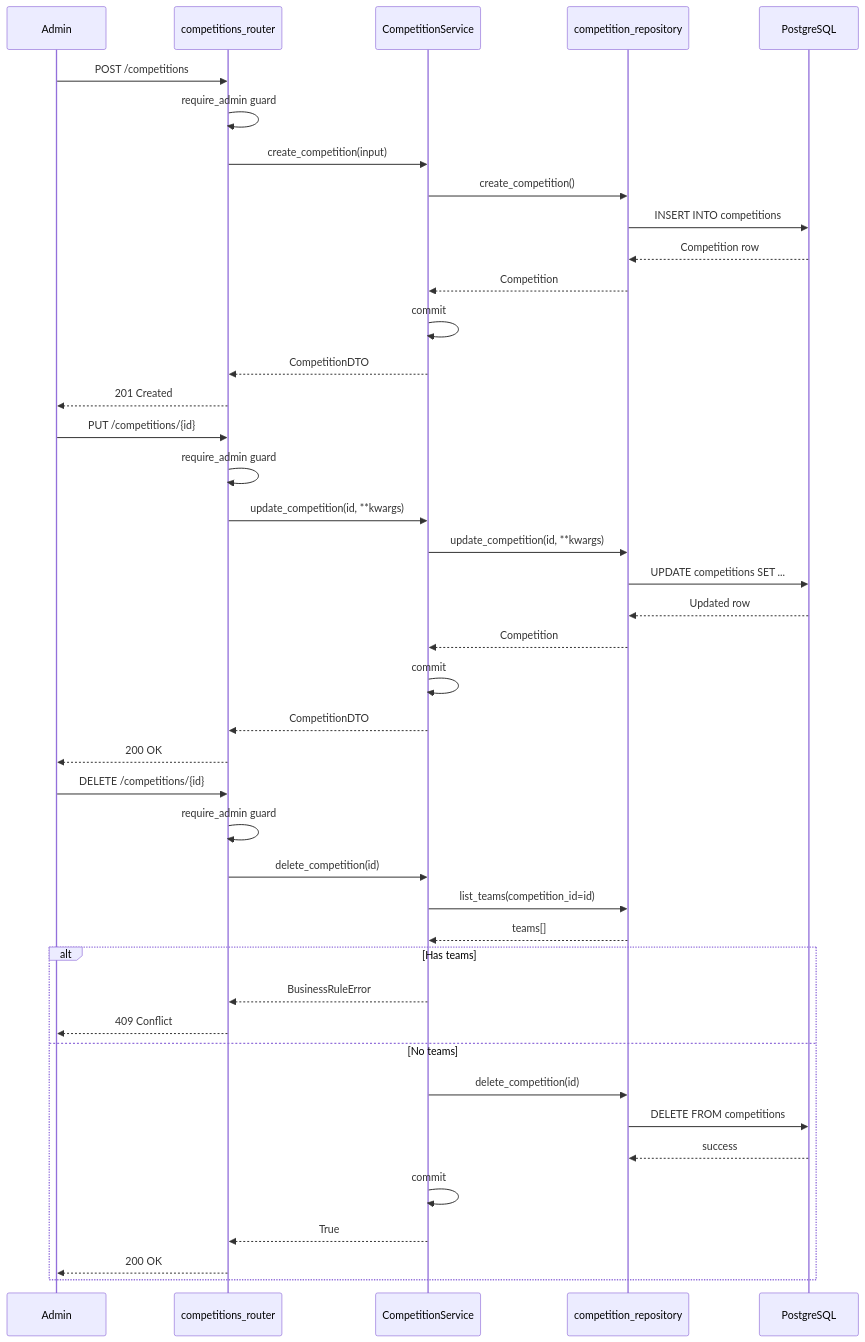
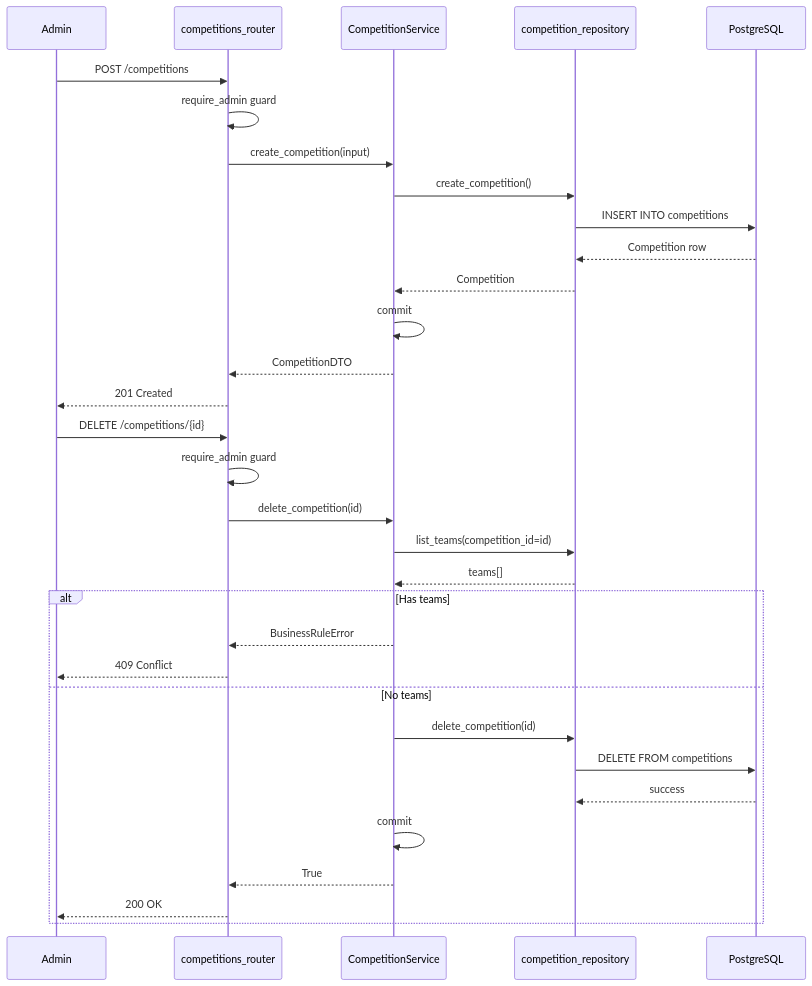
The second of 8 diagrams in specs/010-competition-feature-enhancements/audit-report.md (ibrhmahmd/techno-terminal), drawn with Mermaid before and after one commit. The commit also changed other lines of this file and 27 other files, not shown here.

````diff
--- a/specs/010-competition-feature-enhancements/audit-report.md
+++ b/specs/010-competition-feature-enhancements/audit-report.md
@@ -107,47 +115,36 @@
 ```mermaid
 sequenceDiagram
     participant Admin
     participant Router as competitions_router
     participant Service as CompetitionService
     participant Repo as competition_repository
     participant DB as PostgreSQL
 
     Admin->>Router: POST /competitions
     Router->>Router: require_admin guard
     Router->>Service: create_competition(input)
     Service->>Repo: create_competition()
     Repo->>DB: INSERT INTO competitions
     DB-->>Repo: Competition row
     Repo-->>Service: Competition
     Service->>Service: commit
     Service-->>Router: CompetitionDTO
     Router-->>Admin: 201 Created
 
-    Admin->>Router: PUT /competitions/{id}
-    Router->>Router: require_admin guard
-    Router->>Service: update_competition(id, **kwargs)
-    Service->>Repo: update_competition(id, **kwargs)
-    Repo->>DB: UPDATE competitions SET ...
-    DB-->>Repo: Updated row
-    Repo-->>Service: Competition
-    Service->>Service: commit
-    Service-->>Router: CompetitionDTO
-    Router-->>Admin: 200 OK
-
     Admin->>Router: DELETE /competitions/{id}
     Router->>Router: require_admin guard
     Router->>Service: delete_competition(id)
     Service->>Repo: list_teams(competition_id=id)
     Repo-->>Service: teams[]
     alt Has teams
         Service-->>Router: BusinessRuleError
         Router-->>Admin: 409 Conflict
     else No teams
         Service->>Repo: delete_competition(id)
         Repo->>DB: DELETE FROM competitions
         DB-->>Repo: success
         Service->>Service: commit
         Service-->>Router: True
         Router-->>Admin: 200 OK
     end
 ```
````
